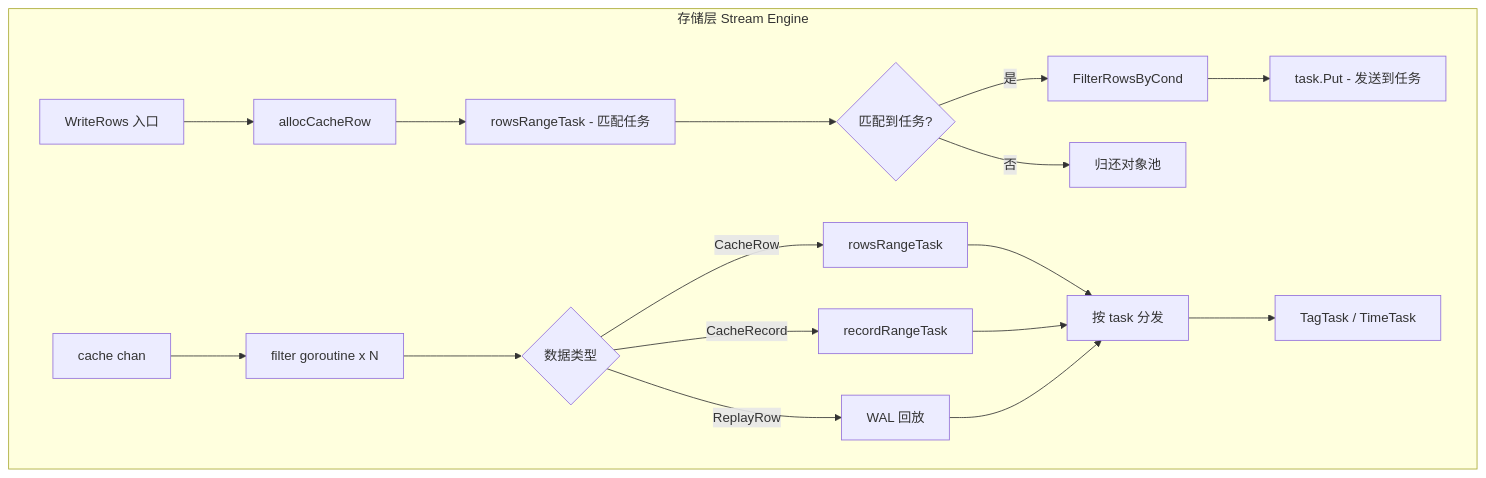
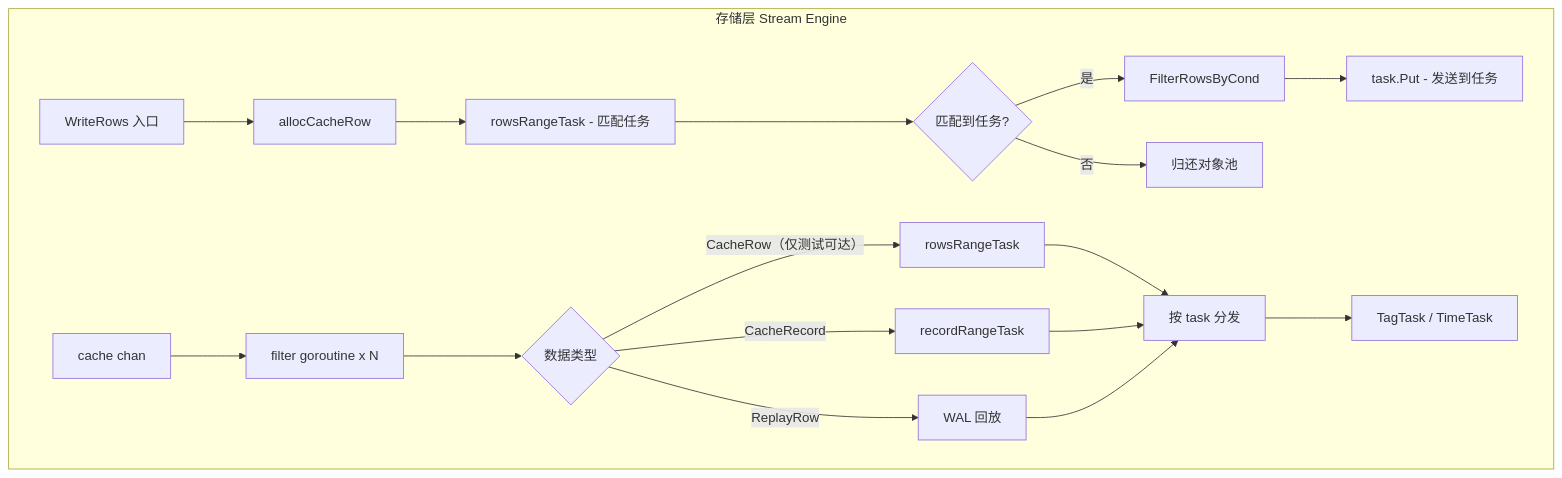
One commit to stefanv5/openGemini changed the eighth of 29 diagrams in docs/specs/10_stream_processing_spec.md. Above: the diagram before and after it, drawn with Mermaid. The commit also changed other lines of this file and 37 other files, not shown here.

````diff
--- a/docs/specs/10_stream_processing_spec.md
+++ b/docs/specs/10_stream_processing_spec.md
@@ -607,22 +610,22 @@
 ```mermaid
 graph TB
     subgraph "存储层 Stream Engine"
         A[WriteRows 入口] --> B[allocCacheRow]
         B --> C[rowsRangeTask - 匹配任务]
         C --> D{匹配到任务?}
         D -->|是| E[FilterRowsByCond]
         D -->|否| F[归还对象池]
         E --> G[task.Put - 发送到任务]
 
         H[cache chan] --> I[filter goroutine x N]
         I --> J{数据类型}
-        J -->|CacheRow| K[rowsRangeTask]
+        J -->|"CacheRow（仅测试可达）"| K[rowsRangeTask]
         J -->|CacheRecord| L[recordRangeTask]
         J -->|ReplayRow| M[WAL 回放]
 
         K --> N[按 task 分发]
         L --> N
         M --> N
         N --> O[TagTask / TimeTask]
     end
 ```
````
